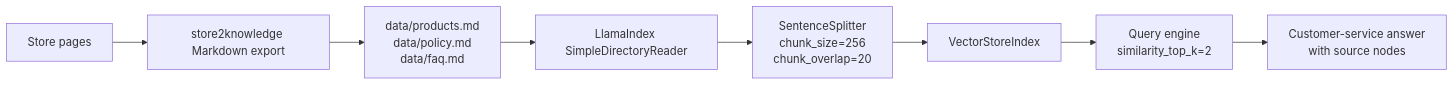
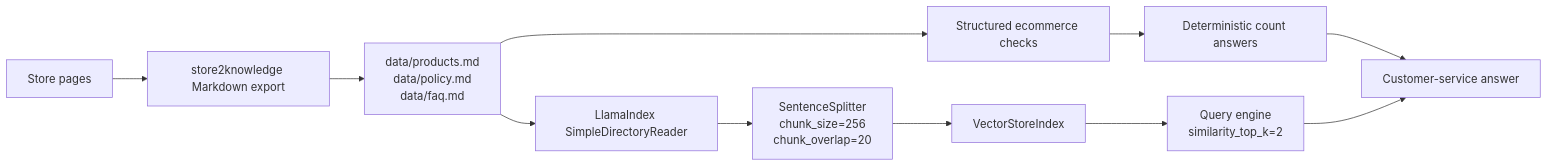
The diagram in README.md (lingyun1010/ecommerce-rag-agent), drawn with Mermaid before and after one commit. The commit also changed other lines of this file and 3 other files, not shown here.

````diff
--- a/README.md
+++ b/README.md
@@ -18,10 +18,13 @@
 ```mermaid
 flowchart LR
     A["Store pages"] --> B["store2knowledge Markdown export"]
     B --> C["data/products.md<br/>data/policy.md<br/>data/faq.md"]
-    C --> D["LlamaIndex SimpleDirectoryReader"]
-    D --> E["SentenceSplitter<br/>chunk_size=256<br/>chunk_overlap=20"]
-    E --> F["VectorStoreIndex"]
-    F --> G["Query engine<br/>similarity_top_k=2"]
-    G --> H["Customer-service answer<br/>with source nodes"]
+    C --> D["Structured ecommerce checks"]
+    C --> E["LlamaIndex SimpleDirectoryReader"]
+    D --> F["Deterministic count answers"]
+    E --> G["SentenceSplitter<br/>chunk_size=256<br/>chunk_overlap=20"]
+    G --> H["VectorStoreIndex"]
+    H --> I["Query engine<br/>similarity_top_k=2"]
+    F --> J["Customer-service answer"]
+    I --> J
 ```
````
